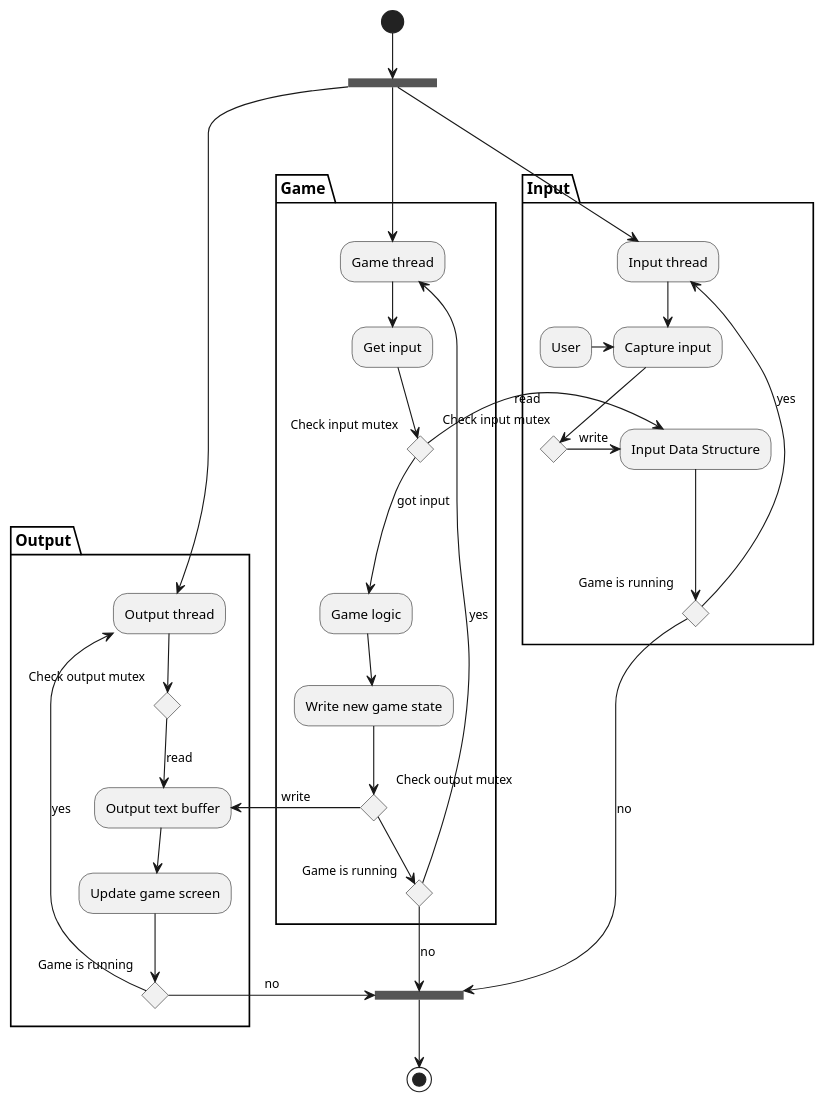
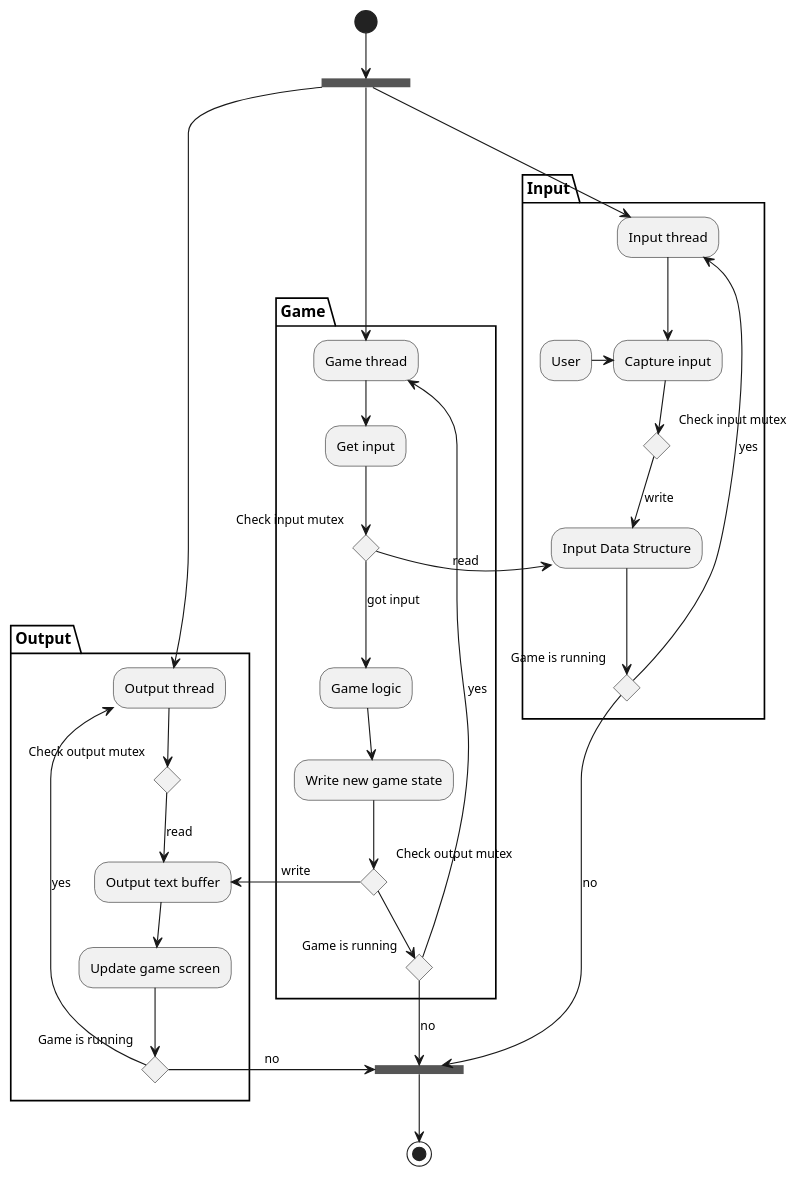
One commit to FulecoRafa/terminal_game changed the diagram in docs/tech.wsd. Above: the diagram before and after it, drawn with PlantUML. The commit also changed 1 other file, not shown here.

Commit message:
Docs/diagram for component logic: simple update

```diff
--- a/docs/tech.wsd
+++ b/docs/tech.wsd
@@ -1,50 +1,50 @@
 @startuml thread_diagram
 
 (*) -down-> ===B1===
 ===B2===-down->(*)
 partition Input {
 ===B1===-down--> "Input thread"
 -down-> "Capture input"
 User-right-> "Capture input"
 if "Check input mutex" then
--right->[write] "Input Data Structure"
+-down->[write] "Input Data Structure"
 if "Game is running"then
 -up->[yes] "Input thread"
 else
 -down->[no] ===B2===
 ' -down-> ===B2===
 }
 
 partition Output {
 ===B1===-down--> "Output thread"
 if "Check output mutex" then
 -down->[read]"Output text buffer"
 -down-> "Update game screen"
 if "Game is running" then
 -left->[yes]"Output thread"
 else
 ->[no] ===B2===
 ' -down-> ===B2===
 }
 
 partition Game {
 ===B1===-down--> "Game thread"
 -down->"Get input"
 if "Check input mutex" then
 -left-->[read] "Input Data Structure"
 else
 -down->[got input] "Game logic"
 -down-> "Write new game state"
 if "Check output mutex" then
 -right->[write] "Output text buffer"
 else
 if "Game is running" then
 -up->[yes] "Game thread"
 else
 -down->[no] ===B2===
 }
 
 ' "Input thread" -[hidden]> "Game thread"
 "Game thread" -[hidden]> "Output thread"
 
 @enduml
```
